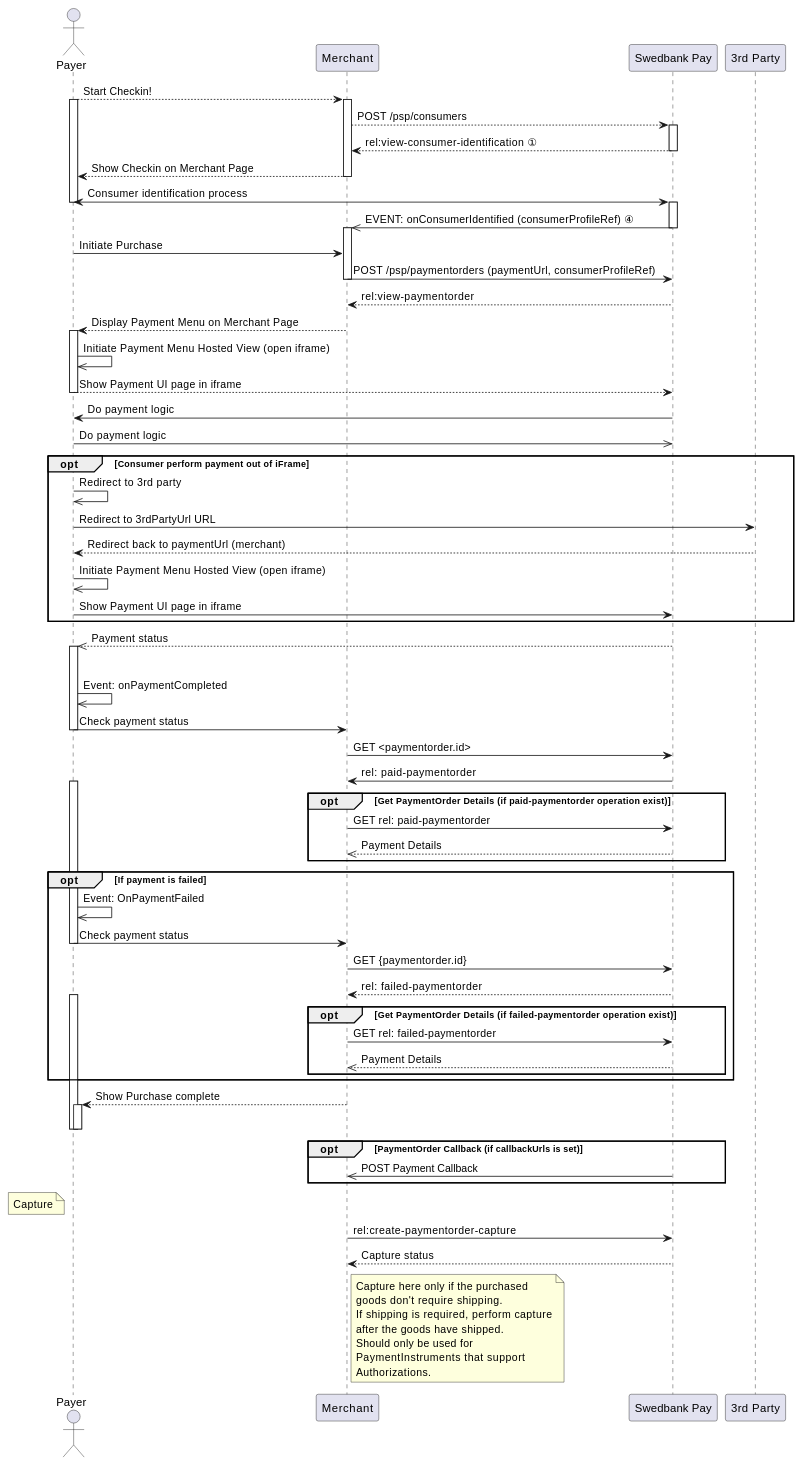
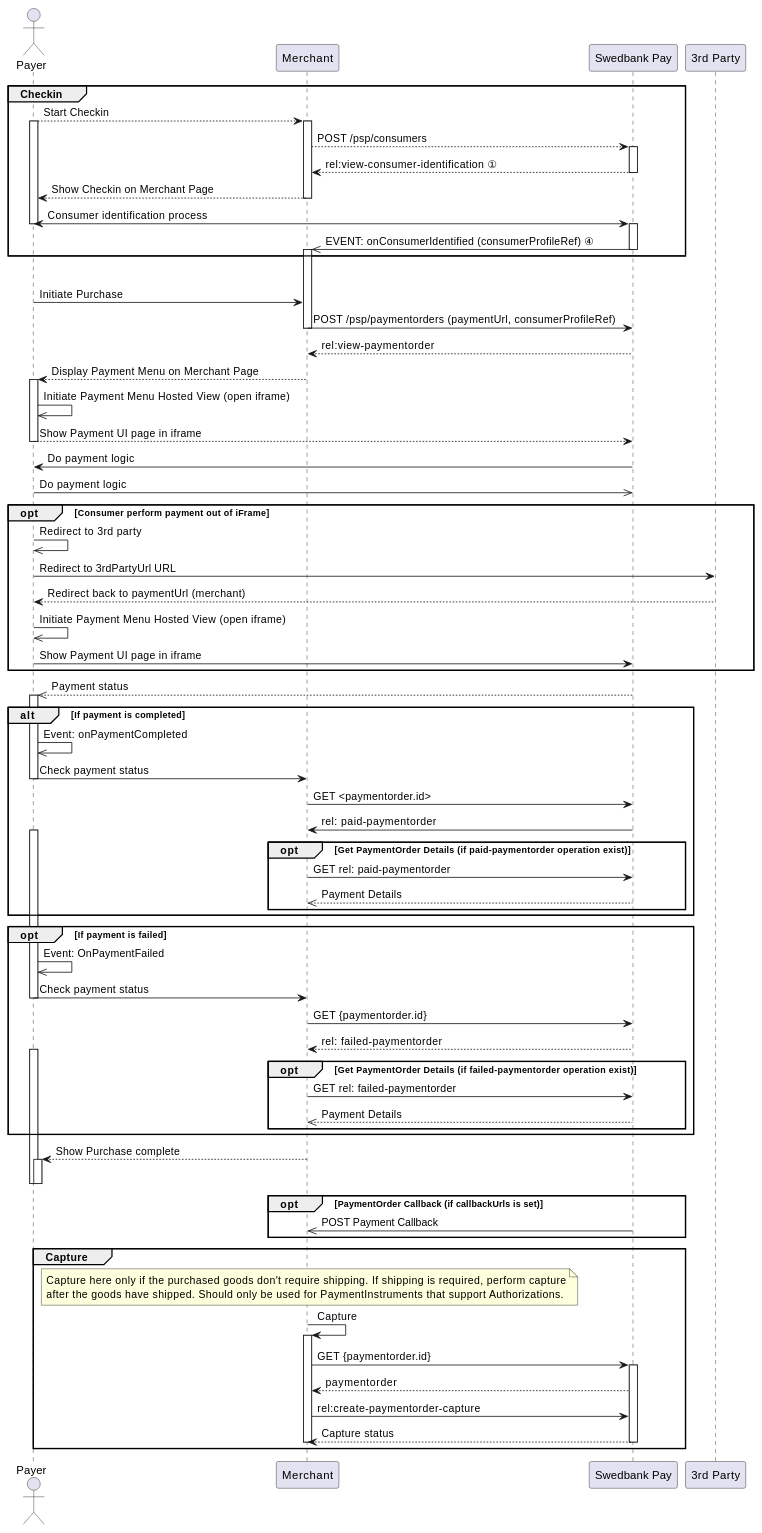
The second of 2 diagrams in plantuml/index.md (SwedbankPay/swedbank-pay-design-guide-jekyll-theme), drawn with PlantUML before and after one commit. The commit also changed 2 other files, not shown here.

Commit message:
DX-914: Swedbank Pay PlantUML theme take two

````diff
--- a/plantuml/index.md
+++ b/plantuml/index.md
@@ -20,12 +20,12 @@
 ```plantuml
-@startuml
+@startuml "Sequence"
     actor Payer
     participant Merchant
     participant SwedbankPay as "Swedbank Pay"
     participant 3rdParty as "3rd Party"
 
-    box "Checkin" #LightBlue
-        Payer --> Merchant: Start Checkin!
+    group Checkin
+        Payer --> Merchant: Start Checkin
         activate Payer
             activate Merchant
                 Merchant --> SwedbankPay: POST /psp/consumers
@@ -43,9 +43,9 @@
         deactivate SwedbankPay
         activate Merchant
         deactivate Merchant
-    end box
+    end group
 
-    box "Payment Menu" #LightBlue
+    group Payment Menu
         Payer -> Merchant: Initiate Purchase
         deactivate Payer
         Merchant -> SwedbankPay: POST /psp/paymentorders (paymentUrl, consumerProfileRef)
@@ -92,8 +92,7 @@
             SwedbankPay -->> Merchant: Payment Details
             deactivate SwedbankPay
         end
-
-    end box
+    end group
 
     opt If payment is failed
         activate Payer
@@ -123,13 +122,17 @@
             SwedbankPay ->> Merchant: POST Payment Callback
     end
 
-    box
+    group Capture
+        note right of Payer: Capture here only if the purchased goods don't require shipping. If shipping is required, perform capture\nafter the goods have shipped. Should only be used for PaymentInstruments that support Authorizations.
+        Merchant -> Merchant: Capture
         activate Merchant
-        note left of Payer: Capture
-        Merchant -> SwedbankPay: rel:create-paymentorder-capture
+            Merchant -> SwedbankPay: GET {paymentorder.id}
+            activate SwedbankPay
+                SwedbankPay --> Merchant: paymentorder
+                Merchant -> SwedbankPay: rel:create-paymentorder-capture
+                SwedbankPay --> Merchant: Capture status
+            deactivate SwedbankPay
         deactivate Merchant
-        SwedbankPay --> Merchant: Capture status
-        note right of Merchant: Capture here only if the purchased\ngoods don't require shipping.\nIf shipping is required, perform capture\nafter the goods have shipped.\nShould only be used for \nPaymentInstruments that support \nAuthorizations.
-    end box
+    end group
 @enduml
 ```
````
